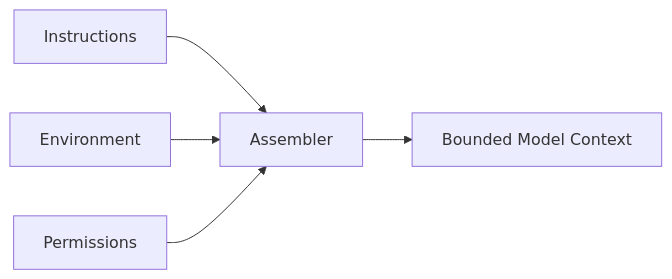
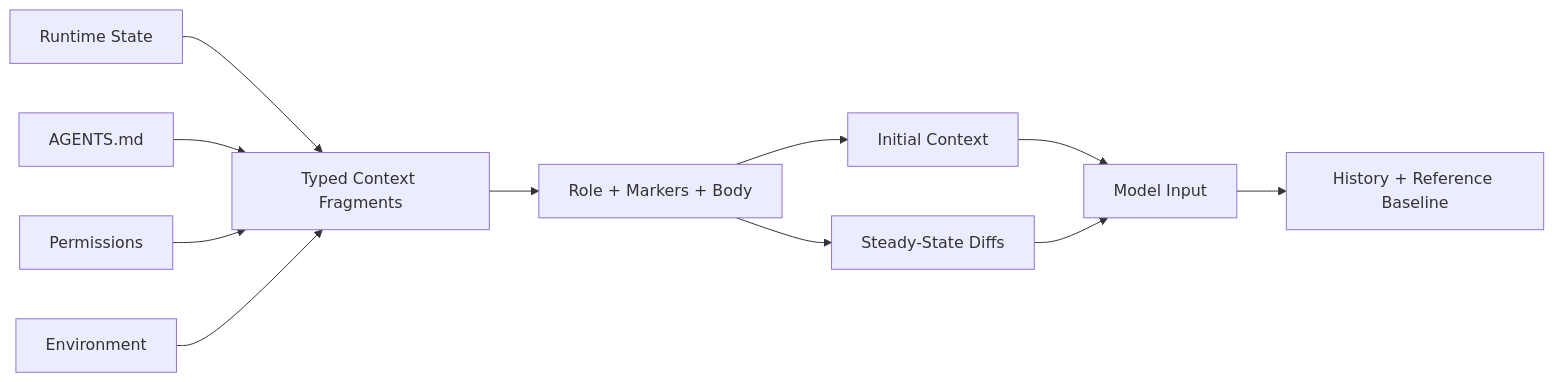
One commit to zz1403489227-crypto/learn-codex changed the diagram in s11_context_fragments/README.md. Above: the diagram before and after it, drawn with Mermaid. The commit also changed other lines of this file and 5 other files, not shown here.

Commit message:
feat(s11): add context fragments lesson

````diff
--- a/s11_context_fragments/README.md
+++ b/s11_context_fragments/README.md
@@ -3,7 +3,13 @@
 ```mermaid
 flowchart LR
-    I["Instructions"] --> A["Assembler"]
-    E["Environment"] --> A
-    P["Permissions"] --> A
-    A --> B["Bounded Model Context"]
+    S["Runtime State"] --> F["Typed Context Fragments"]
+    A["AGENTS.md"] --> F
+    P["Permissions"] --> F
+    E["Environment"] --> F
+    F --> R["Role + Markers + Body"]
+    R --> I["Initial Context"]
+    R --> D["Steady-State Diffs"]
+    I --> M["Model Input"]
+    D --> M
+    M --> H["History + Reference Baseline"]
 ```
````
